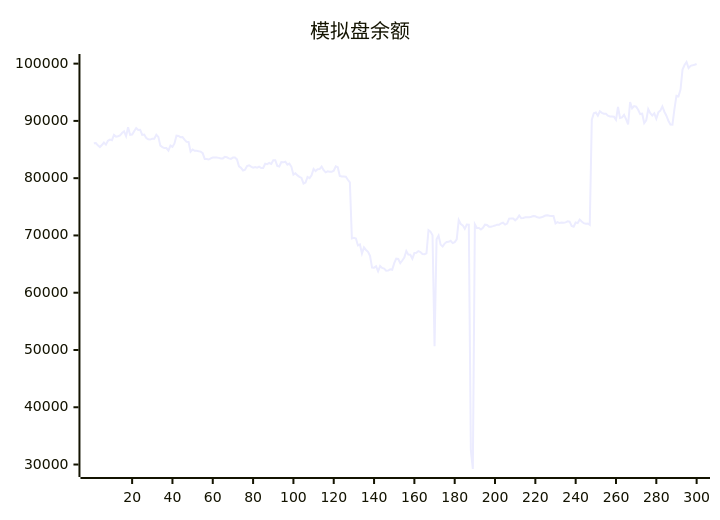
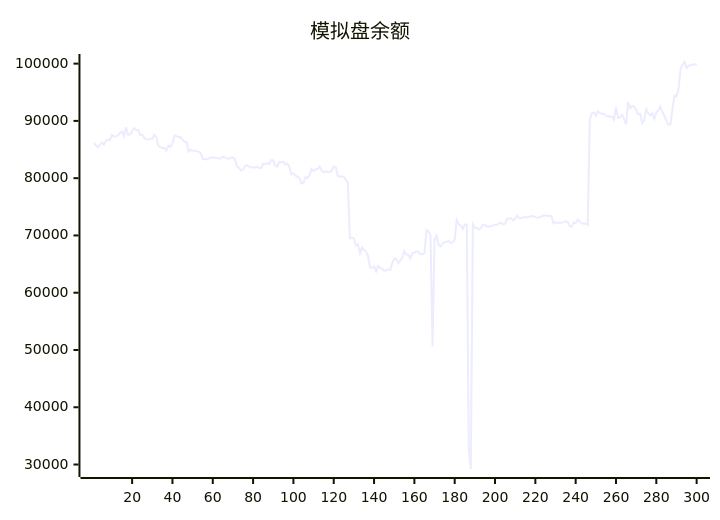
Before and after one commit to aahl/ai-trading: the diagram in README.md, drawn with Mermaid. The commit also changed other lines of this file and 1 other file, not shown here.

````diff
--- a/README.md
+++ b/README.md
@@ -5,5 +5,5 @@
 ```mermaid
 xychart
     title "模拟盘余额"
-    line [86094,86143,85725,85437,85787,86219,85859,86526,86740,86630,87563,87264,87335,87483,87886,88180,87335,88894,87544,87608,88207,88755,88401,88444,87543,87608,87000,86810,86740,86894,86884,87576,87209,85686,85435,85251,85255,84820,85689,85453,86066,87420,87373,87161,87178,86740,86341,86315,84643,85012,84772,84768,84690,84635,84376,83360,83357,83259,83474,83608,83606,83602,83548,83440,83454,83724,83644,83464,83365,83590,83592,83275,82072,81806,81344,81492,82109,82254,82006,81848,81955,81829,82022,81769,81776,82522,82441,82656,82498,83144,83144,82150,82038,82797,82763,82872,82367,82536,81981,80612,80862,80484,80242,80034,79063,79245,80226,80016,80507,81625,81233,81544,81578,82016,81401,81019,81186,81130,81118,81306,82066,81909,80392,80304,80291,80258,79729,79261,69466,69579,69456,68251,68415,66832,67911,67462,67144,66432,64380,64375,64606,63740,64647,64324,64216,63842,63877,64078,64008,65156,65945,65888,65157,65625,66144,67284,66653,66639,65924,66925,66956,67263,67108,66766,66729,66886,70927,70673,70049,50652,69334,69973,68400,68061,68578,68876,68879,69055,68662,68822,69329,72687,71999,71760,71162,71911,71896,32500,29218,71927,71297,71305,71044,71337,71883,71822,71536,71536,71622,71723,71880,71860,72100,72216,71887,72077,72940,72976,72966,72638,72948,73497,73004,73041,73173,73160,73186,73258,73375,73351,73173,73098,73161,73305,73474,73536,73457,73413,73412,72100,72333,72164,72272,72204,72285,72461,72421,71652,71521,72267,72157,72774,72424,72144,72060,72091,71858,90185,91338,91466,90900,91678,91404,91268,91244,90903,90779,90787,90721,90187,92429,90518,90619,91070,90328,89376,93286,92202,92581,92485,91947,91196,91259,89619,90086,92063,91355,90950,91327,90373,91498,91800,92531,91603,90910,90031,89351,89334,92097,94406,94315,95455,98972,99763,100286,99229,99622,99701,99805,99938]
+    line [86143,85725,85437,85787,86219,85859,86526,86740,86630,87563,87264,87335,87483,87886,88180,87335,88894,87544,87608,88207,88755,88401,88444,87543,87608,87000,86810,86740,86894,86884,87576,87209,85686,85435,85251,85255,84820,85689,85453,86066,87420,87373,87161,87178,86740,86341,86315,84643,85012,84772,84768,84690,84635,84376,83360,83357,83259,83474,83608,83606,83602,83548,83440,83454,83724,83644,83464,83365,83590,83592,83275,82072,81806,81344,81492,82109,82254,82006,81848,81955,81829,82022,81769,81776,82522,82441,82656,82498,83144,83144,82150,82038,82797,82763,82872,82367,82536,81981,80612,80862,80484,80242,80034,79063,79245,80226,80016,80507,81625,81233,81544,81578,82016,81401,81019,81186,81130,81118,81306,82066,81909,80392,80304,80291,80258,79729,79261,69466,69579,69456,68251,68415,66832,67911,67462,67144,66432,64380,64375,64606,63740,64647,64324,64216,63842,63877,64078,64008,65156,65945,65888,65157,65625,66144,67284,66653,66639,65924,66925,66956,67263,67108,66766,66729,66886,70927,70673,70049,50652,69334,69973,68400,68061,68578,68876,68879,69055,68662,68822,69329,72687,71999,71760,71162,71911,71896,32500,29218,71927,71297,71305,71044,71337,71883,71822,71536,71536,71622,71723,71880,71860,72100,72216,71887,72077,72940,72976,72966,72638,72948,73497,73004,73041,73173,73160,73186,73258,73375,73351,73173,73098,73161,73305,73474,73536,73457,73413,73412,72100,72333,72164,72272,72204,72285,72461,72421,71652,71521,72267,72157,72774,72424,72144,72060,72091,71858,90185,91338,91466,90900,91678,91404,91268,91244,90903,90779,90787,90721,90187,92429,90518,90619,91070,90328,89376,93286,92202,92581,92485,91947,91196,91259,89619,90086,92063,91355,90950,91327,90373,91498,91800,92531,91603,90910,90031,89351,89334,92097,94406,94315,95455,98972,99763,100286,99229,99622,99701,99805,99938,99738]
 ```
````
